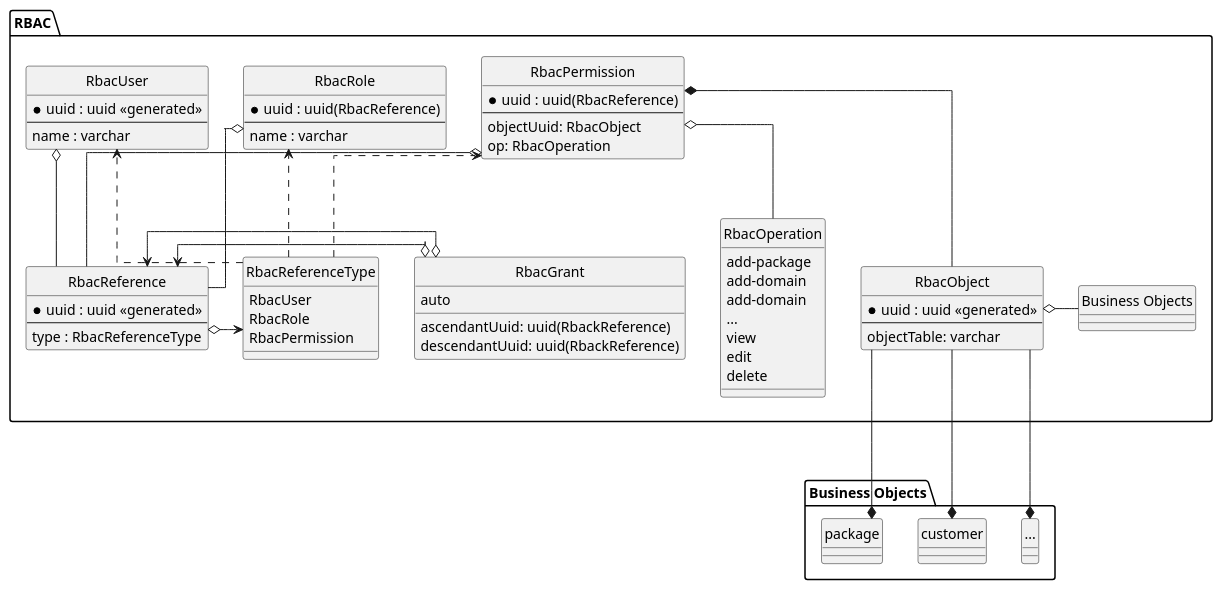
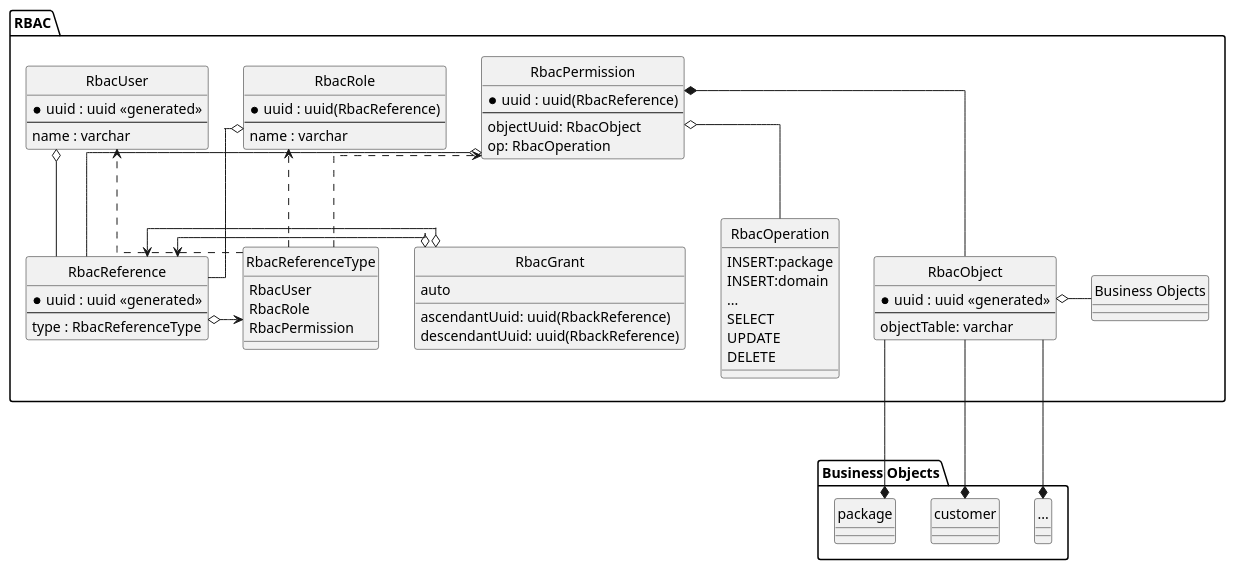
The first of 5 diagrams in doc/rbac.md (mhoennig/hs.hsadmin.ng), drawn with PlantUML before and after one commit. The commit also changed other lines of this file and 90 other files, not shown here.

Commit message:
RBAC Diagram+PostgreSQL Generator and view->SELECT etc. refactoring (#21)

```diff
--- a/doc/rbac.md
+++ b/doc/rbac.md
@@ -101,13 +101,12 @@
     RbacPermission *-- RbacObject
     
     enum RbacOperation {
-        add-package
-        add-domain
-        add-domain
+        INSERT:package
+        INSERT:domain
         ...
-        view
-        edit
-        delete
+        SELECT
+        UPDATE
+        DELETE
     }
     
     entity RbacObject {
```
